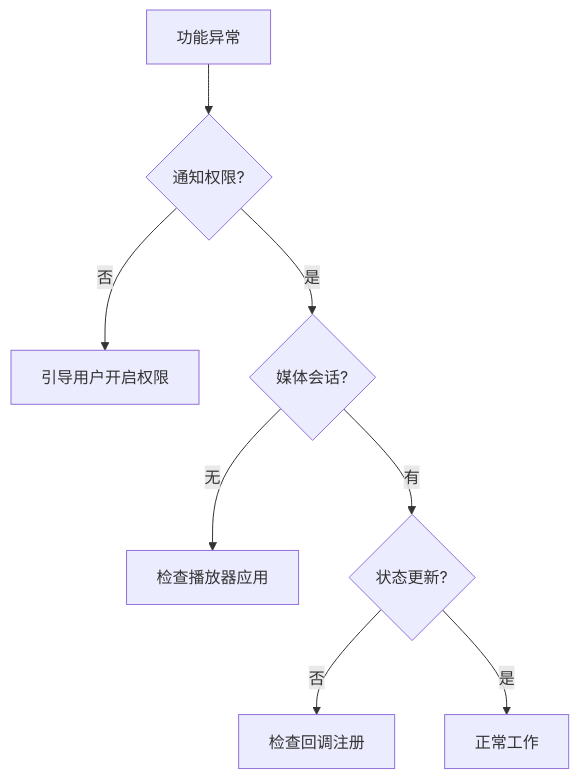
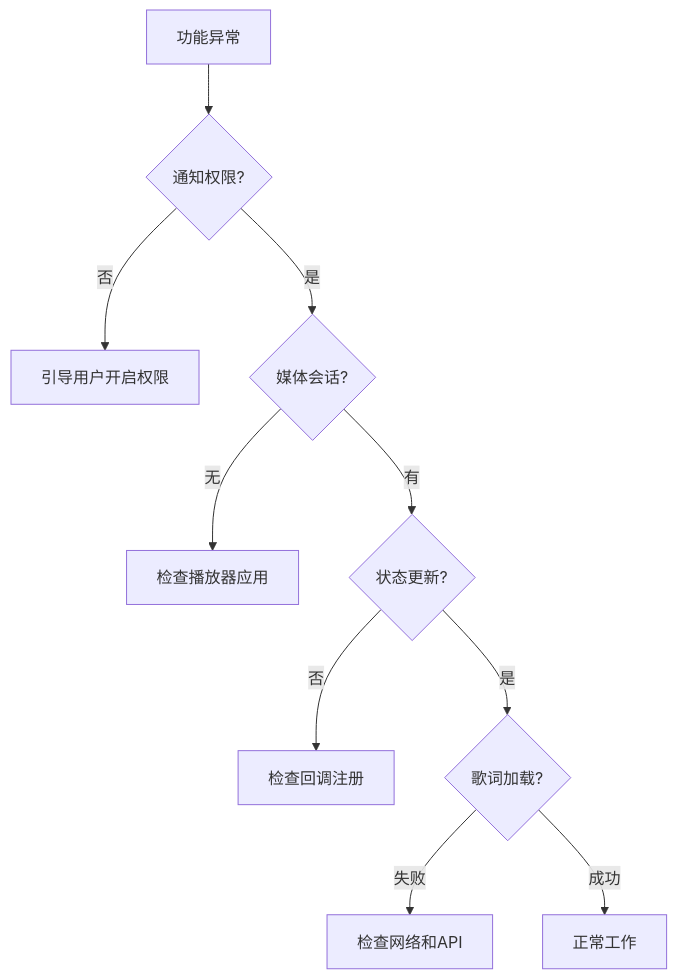
Before and after one commit to lantongxue/MyCarLauncher: the eighth of 8 diagrams in .qoder/repowiki/zh/content/核心功能/音乐控制/音乐控制UI组件.md, drawn with Mermaid. The commit also changed other lines of this file and 3 other files, not shown here.

````diff
--- a/.qoder/repowiki/zh/content/核心功能/音乐控制/音乐控制UI组件.md
+++ b/.qoder/repowiki/zh/content/核心功能/音乐控制/音乐控制UI组件.md
@@ -221,10 +302,12 @@
 ```mermaid
 graph TD
 A[功能异常] --> B{通知权限?}
 B --> |否| C[引导用户开启权限]
 B --> |是| D{媒体会话?}
 D --> |无| E[检查播放器应用]
 D --> |有| F{状态更新?}
 F --> |否| G[检查回调注册]
-F --> |是| H[正常工作]
+F --> |是| H{歌词加载?}
+H --> |失败| I[检查网络和API]
+H --> |成功| J[正常工作]
 ```
````
